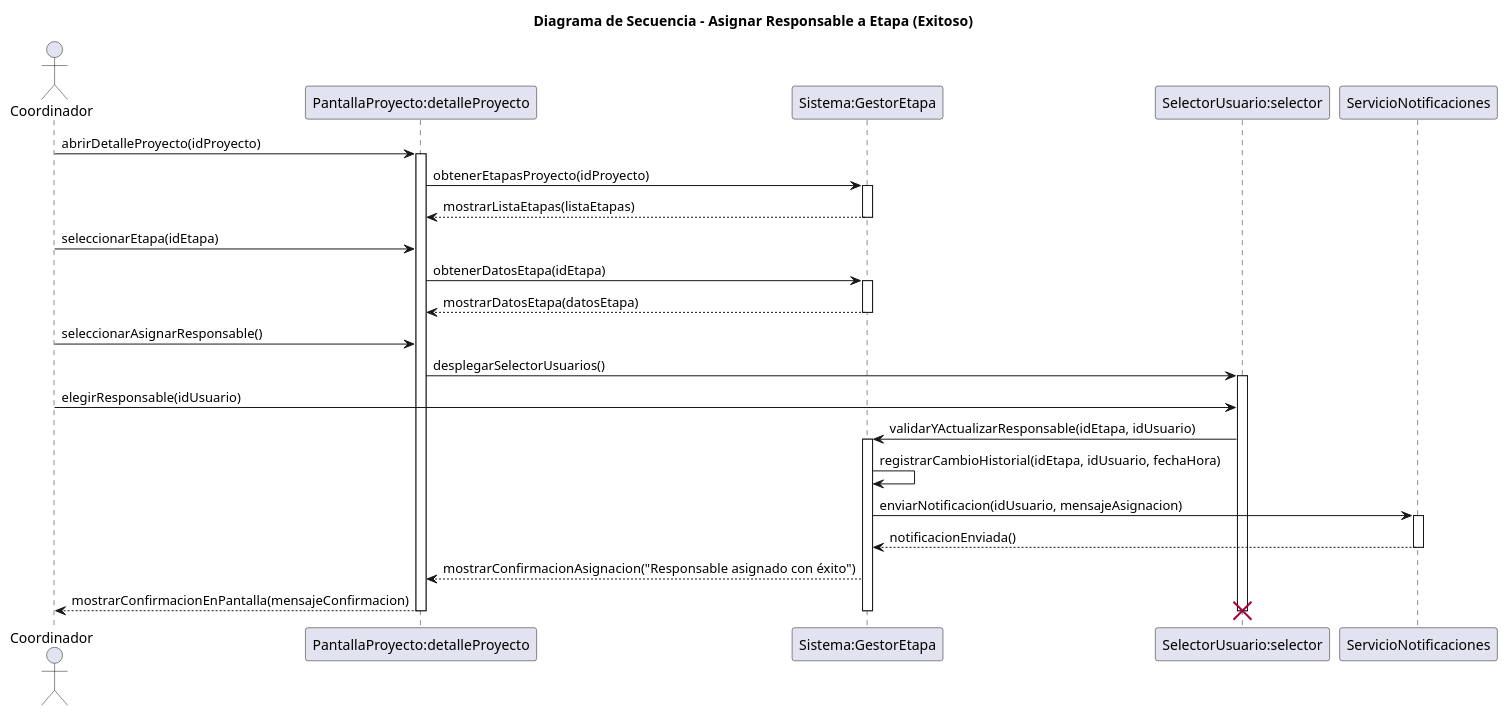
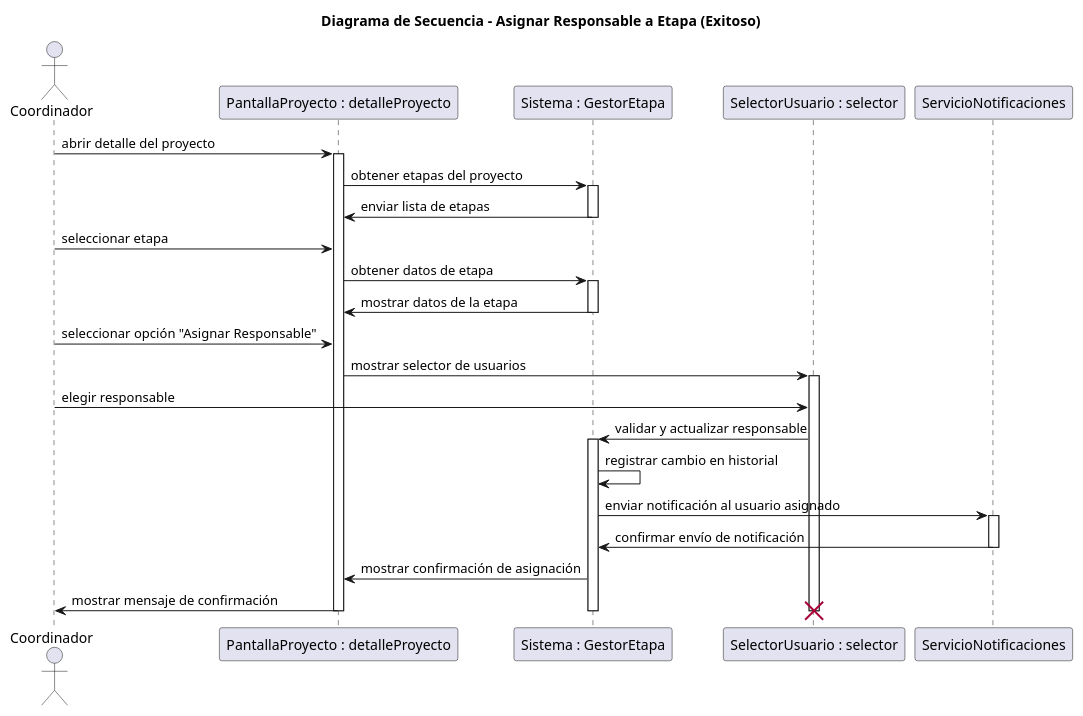
One commit to GonzaloBarbano/SistemaProductoraVideos changed the diagram in diagramas/05-diagramas-secuencia/05-asignar-responsable-etapa-asignar-responsable-a-etapa-exitoso-03.puml. Above: the diagram before and after it, drawn with PlantUML. The commit also changed other lines of this file and 9 other files, not shown here.

Commit message:
Correcion de errores en los diagramas de secuencia

```diff
--- a/diagramas/05-diagramas-secuencia/05-asignar-responsable-etapa-asignar-responsable-a-etapa-exitoso-03.puml
+++ b/diagramas/05-diagramas-secuencia/05-asignar-responsable-etapa-asignar-responsable-a-etapa-exitoso-03.puml
@@ -1,50 +1,48 @@
 @startuml
 title Diagrama de Secuencia - Asignar Responsable a Etapa (Exitoso)
 
 actor Coordinador
-participant "PantallaProyecto:detalleProyecto" as PantallaProyecto
-participant "Sistema:GestorEtapa" as Sistema
-participant "SelectorUsuario:selector" as SelectorUsuario
+participant "PantallaProyecto : detalleProyecto" as PantallaProyecto
+participant "Sistema : GestorEtapa" as Sistema
+participant "SelectorUsuario : selector" as SelectorUsuario
 participant ServicioNotificaciones
 
 '--- Inicio del flujo ---
-Coordinador -> PantallaProyecto: abrirDetalleProyecto(idProyecto)
+Coordinador -> PantallaProyecto : abrir detalle del proyecto
 activate PantallaProyecto
 
-PantallaProyecto -> Sistema: obtenerEtapasProyecto(idProyecto)
+PantallaProyecto -> Sistema : obtener etapas del proyecto
 activate Sistema
-Sistema --> PantallaProyecto: mostrarListaEtapas(listaEtapas)
+Sistema -> PantallaProyecto : enviar lista de etapas
 deactivate Sistema
 
-Coordinador -> PantallaProyecto: seleccionarEtapa(idEtapa)
-PantallaProyecto -> Sistema: obtenerDatosEtapa(idEtapa)
+Coordinador -> PantallaProyecto : seleccionar etapa
+PantallaProyecto -> Sistema : obtener datos de etapa
 activate Sistema
-Sistema --> PantallaProyecto: mostrarDatosEtapa(datosEtapa)
+Sistema -> PantallaProyecto : mostrar datos de la etapa
 deactivate Sistema
 
-Coordinador -> PantallaProyecto: seleccionarAsignarResponsable()
-PantallaProyecto -> SelectorUsuario: desplegarSelectorUsuarios()
+Coordinador -> PantallaProyecto : seleccionar opción "Asignar Responsable"
+PantallaProyecto -> SelectorUsuario : mostrar selector de usuarios
 activate SelectorUsuario
 
-Coordinador -> SelectorUsuario: elegirResponsable(idUsuario)
-SelectorUsuario -> Sistema: validarYActualizarResponsable(idEtapa, idUsuario)
+Coordinador -> SelectorUsuario : elegir responsable
+SelectorUsuario -> Sistema : validar y actualizar responsable
 activate Sistema
-Sistema -> Sistema: registrarCambioHistorial(idEtapa, idUsuario, fechaHora)
-Sistema -> ServicioNotificaciones: enviarNotificacion(idUsuario, mensajeAsignacion)
+
+Sistema -> Sistema : registrar cambio en historial
+Sistema -> ServicioNotificaciones : enviar notificación al usuario asignado
 activate ServicioNotificaciones
-ServicioNotificaciones --> Sistema: notificacionEnviada()
+ServicioNotificaciones -> Sistema : confirmar envío de notificación
 deactivate ServicioNotificaciones
 
-Sistema --> PantallaProyecto: mostrarConfirmacionAsignacion("Responsable asignado con éxito")
+Sistema -> PantallaProyecto : mostrar confirmación de asignación
 
-' Pantalla muestra la confirmación al actor/coordinador
-PantallaProyecto --> Coordinador: mostrarConfirmacionEnPantalla(mensajeConfirmacion)
+PantallaProyecto -> Coordinador : mostrar mensaje de confirmación
 
 deactivate Sistema
 deactivate PantallaProyecto
-
-' Finalización del selector temporal
 deactivate SelectorUsuario
 destroy SelectorUsuario
 
 @enduml
```
